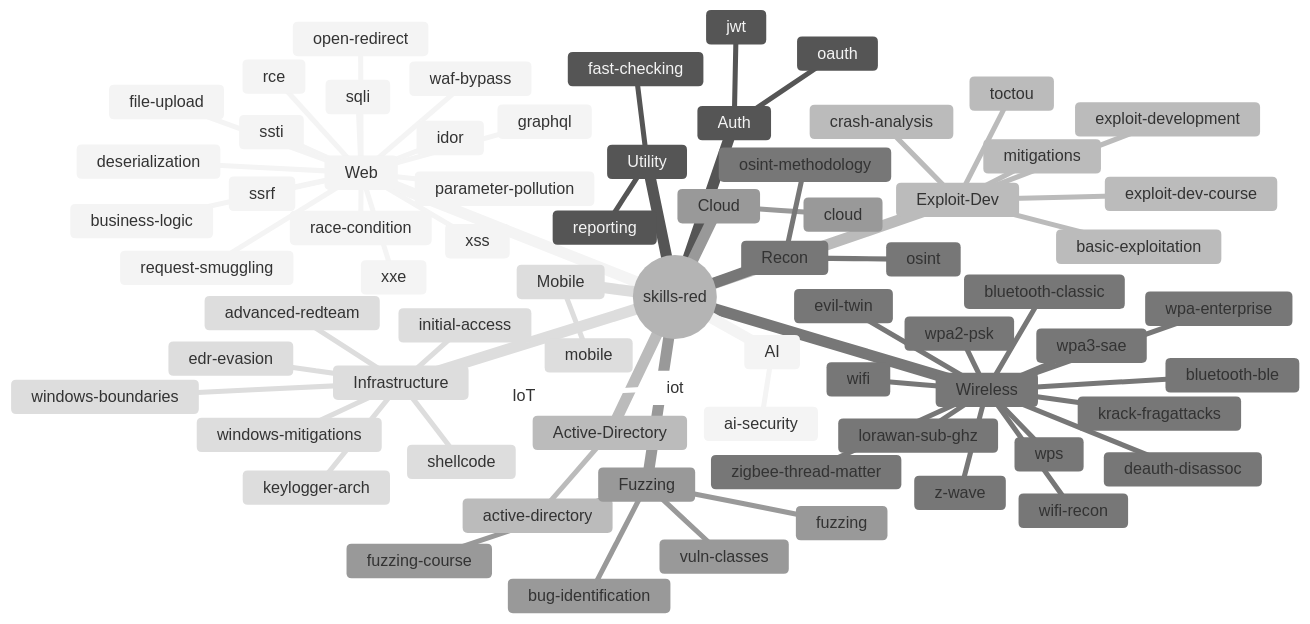
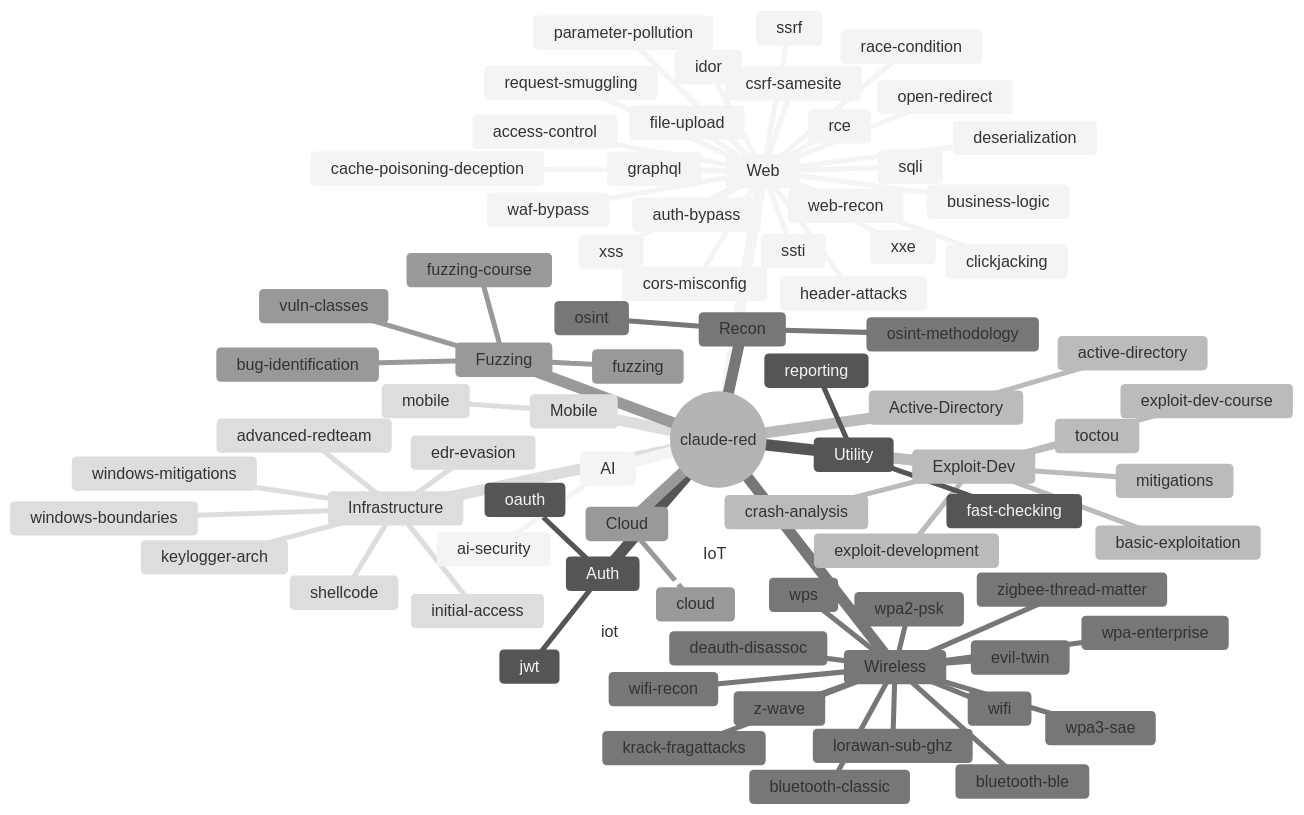
Before and after one commit to SnailSploit/Claude-Red: the diagram in MINDMAP.md, drawn with Mermaid (neutral theme). The commit also changed other lines of this file and 10 other files, not shown here.

First line of the commit message:
Phase 5: Web Basics — 8 new web foundational skills

````diff
--- a/MINDMAP.md
+++ b/MINDMAP.md
@@ -11,6 +11,6 @@
 ```mermaid
 mindmap
-  root((skills-red))
+  root((claude-red))
     Web
       sqli
       xss
@@ -28,6 +28,14 @@
       graphql
       waf-bypass
       business-logic
+      web-recon
+      auth-bypass
+      access-control
+      csrf-samesite
+      header-attacks
+      cors-misconfig
+      cache-poisoning-deception
+      clickjacking
     Auth
       jwt
       oauth
````
